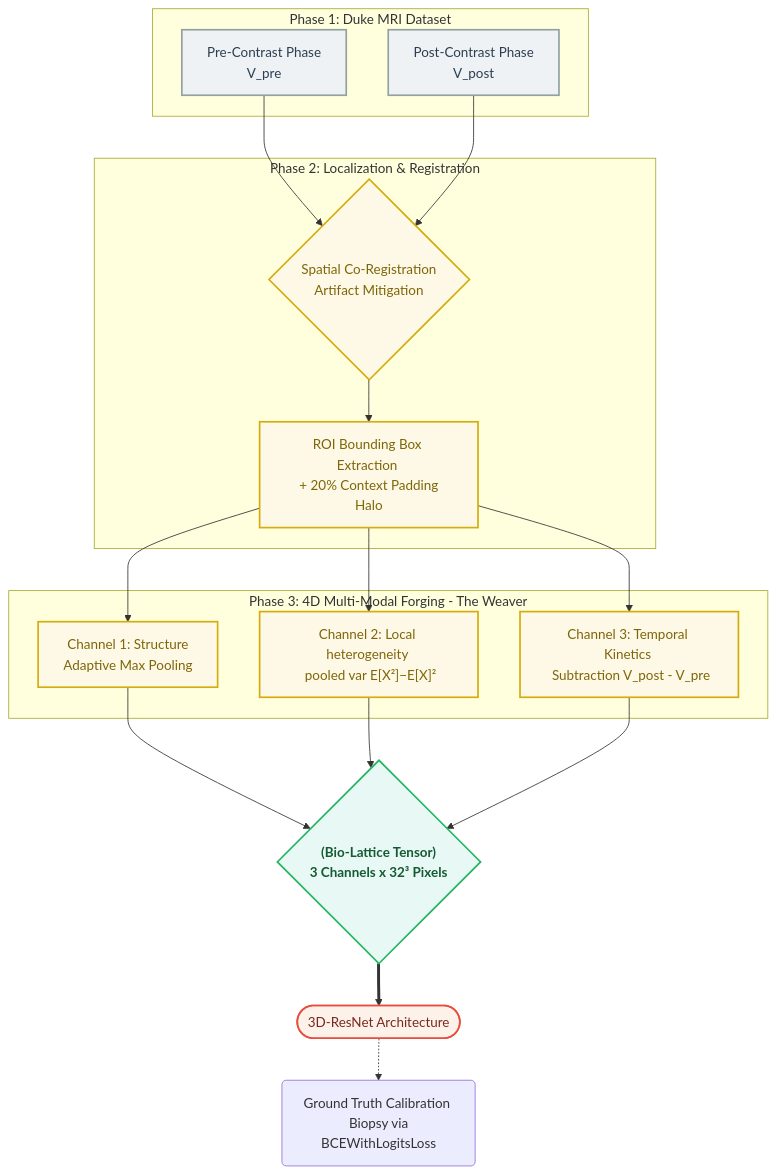
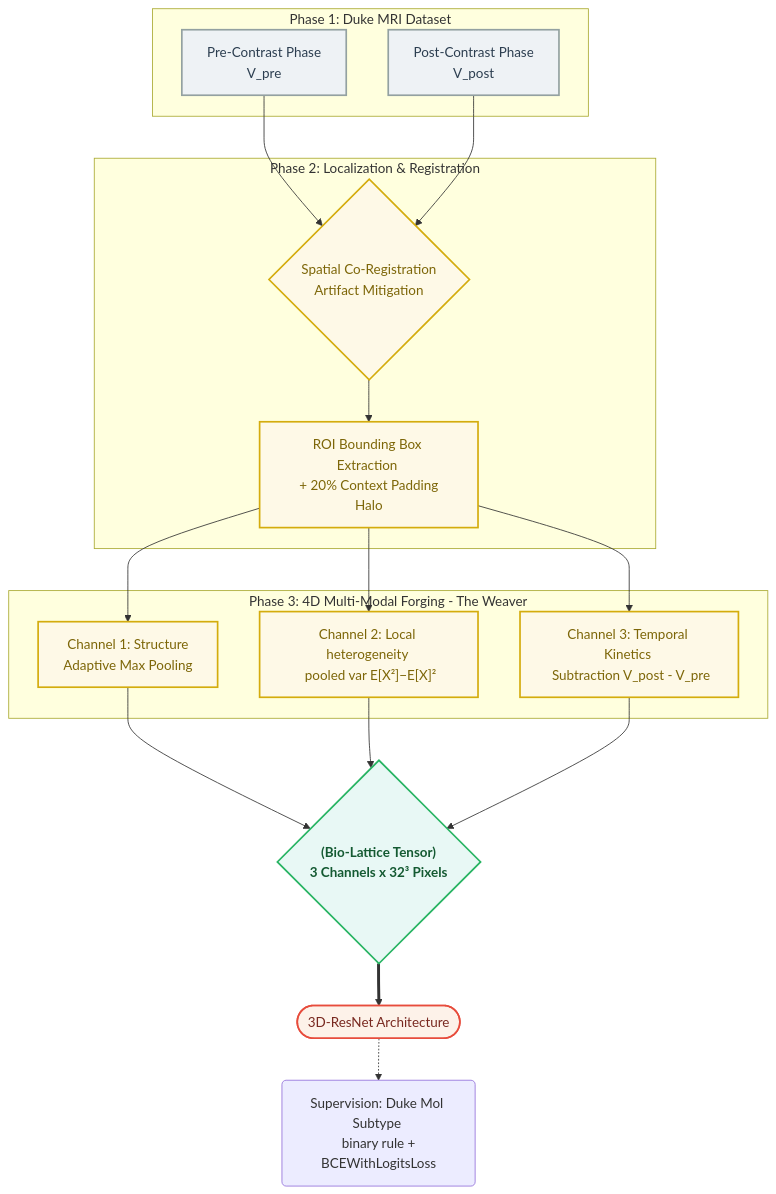
The diagram in README.md (msancheza/biolattice), drawn with Mermaid before and after one commit. The commit also changed other lines of this file and 2 other files, not shown here.

````diff
--- a/README.md
+++ b/README.md
@@ -39,48 +50,48 @@
 ```mermaid
 graph TD
     %% Global Styles
     classDef raw fill:#eef2f5,stroke:#93a1a1,stroke-width:2px,color:#2c3e50;
     classDef process fill:#fef9e7,stroke:#d4ac0d,stroke-width:2px,color:#7d6608;
     classDef tensor fill:#e8f8f5,stroke:#28b463,stroke-width:2px,color:#145a32,font-weight:bold;
     classDef net fill:#fdf2e9,stroke:#e74c3c,stroke-width:2px,color:#78281f;
 
     %% 1. Raw DICOM Sequences
     subgraph Phase 1: Duke MRI Dataset
         PRE["Pre-Contrast Phase <br/> V_pre"]:::raw
         POST["Post-Contrast Phase <br/> V_post"]:::raw
     end
 
     %% 2. Geometric Extraction
     subgraph Phase 2: Localization & Registration
         ALIGN{"Spatial Co-Registration <br/> Artifact Mitigation"}:::process
         ROI["ROI Bounding Box Extraction <br/> + 20% Context Padding Halo"]:::process
     end
 
     PRE --> ALIGN
     POST --> ALIGN
     ALIGN --> ROI
 
     %% 3. The Tensor Weaver
     subgraph Phase 3: 4D Multi-Modal Forging - The Weaver
         C1["Channel 1: Structure <br/> Adaptive Max Pooling"]:::process
         C2["Channel 2: Local heterogeneity <br/> pooled var E[X²]−E[X]²"]:::process
         C3["Channel 3: Temporal Kinetics <br/> Subtraction V_post - V_pre"]:::process
     end
 
     ROI --> C1
     ROI --> C2
     ROI --> C3
 
     %% 4. Final Output
     CUB{"(Bio-Lattice Tensor) <br/> 3 Channels x 32³ Pixels"}:::tensor
     C1 --> CUB
     C2 --> CUB
     C3 --> CUB
 
     %% 5. Downstream Inference
     RES(["3D-ResNet Architecture"]):::net
-    LOSS("Ground Truth Calibration <br/> Biopsy via BCEWithLogitsLoss")
+    LOSS("Supervision: Duke Mol Subtype <br/> binary rule + BCEWithLogitsLoss")
 
     CUB ==> RES
     RES -.-> LOSS
 ```
````
